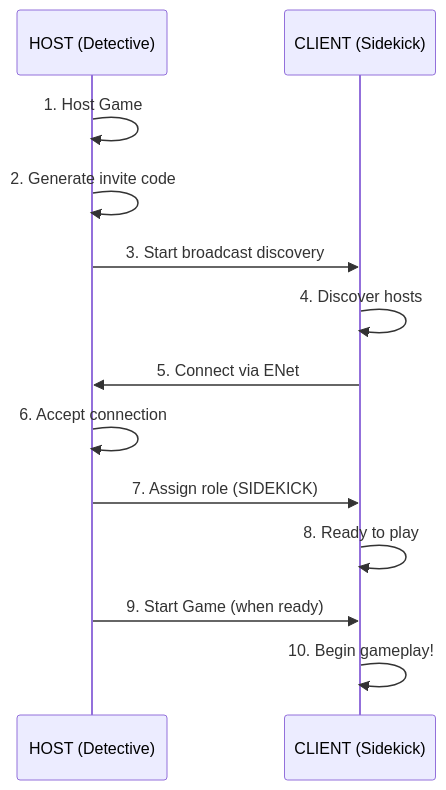
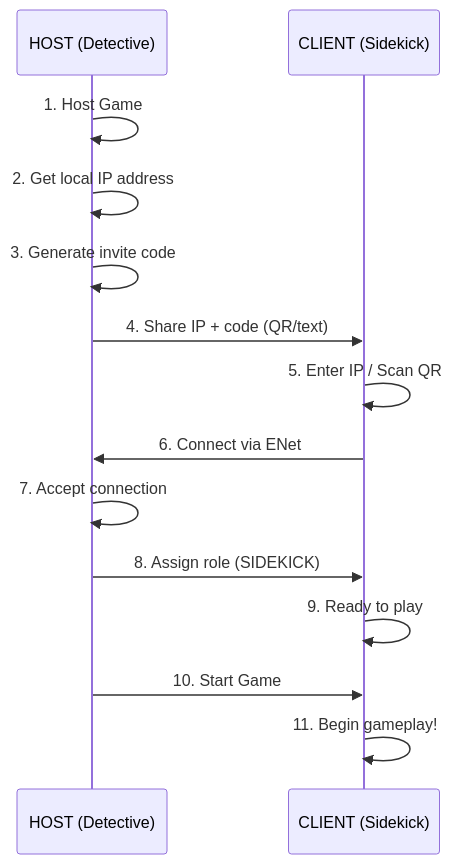
Before and after one commit to SoftwareCap/Kuwentura: the second of 4 diagrams in AGENTS.md, drawn with Mermaid. The commit also changed other lines of this file and 15 other files, not shown here.

````diff
--- a/AGENTS.md
+++ b/AGENTS.md
@@ -231,16 +183,17 @@
 ```mermaid
 sequenceDiagram
     participant H as HOST (Detective)
     participant C as CLIENT (Sidekick)
     
     H->>H: 1. Host Game
-    H->>H: 2. Generate invite code
-    H->>C: 3. Start broadcast discovery
-    C->>C: 4. Discover hosts
-    C->>H: 5. Connect via ENet
-    H->>H: 6. Accept connection
-    H->>C: 7. Assign role (SIDEKICK)
-    C->>C: 8. Ready to play
-    H->>C: 9. Start Game (when ready)
-    C->>C: 10. Begin gameplay!
+    H->>H: 2. Get local IP address
+    H->>H: 3. Generate invite code
+    H->>C: 4. Share IP + code (QR/text)
+    C->>C: 5. Enter IP / Scan QR
+    C->>H: 6. Connect via ENet
+    H->>H: 7. Accept connection
+    H->>C: 8. Assign role (SIDEKICK)
+    C->>C: 9. Ready to play
+    H->>C: 10. Start Game
+    C->>C: 11. Begin gameplay!
 ```
````
